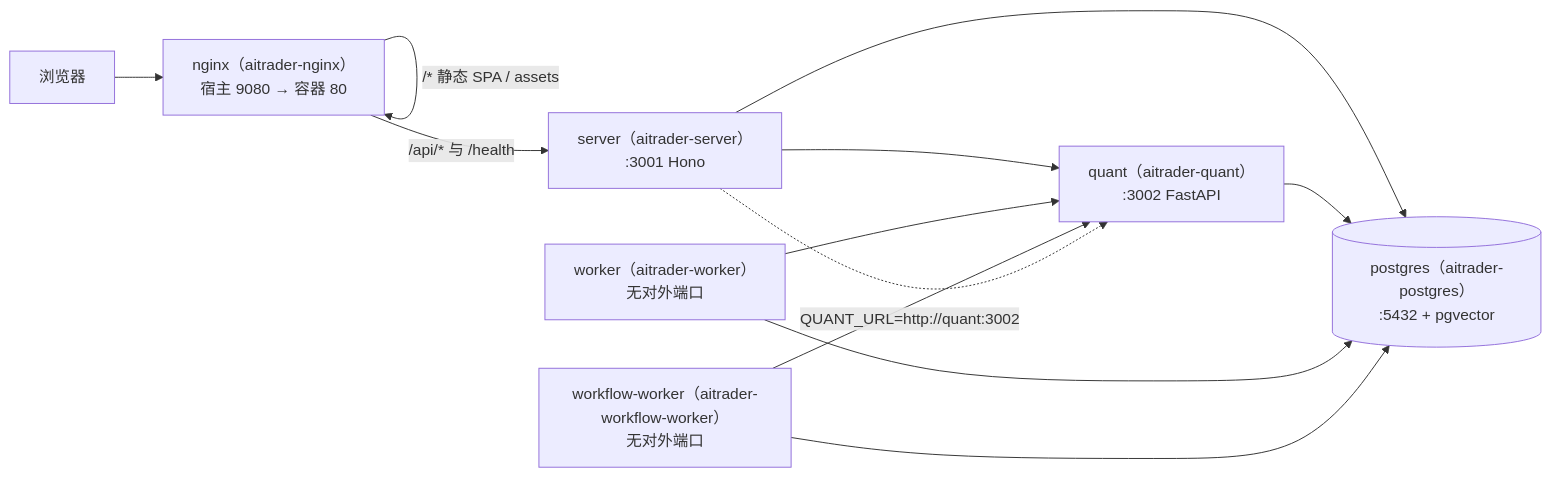
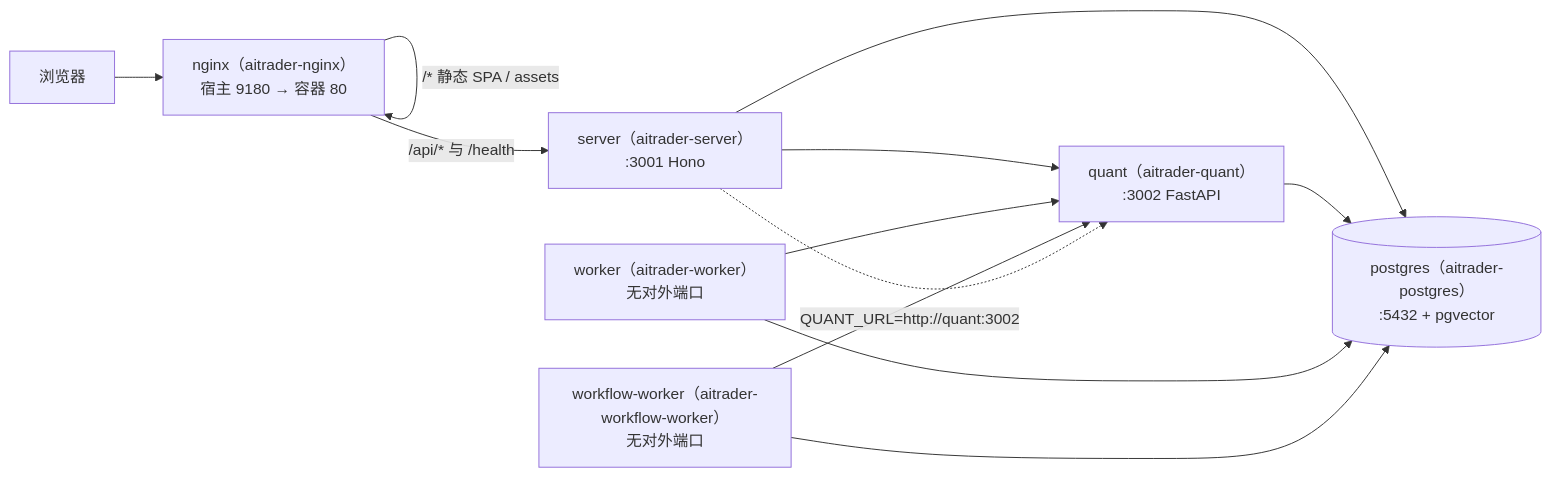
The first of 2 diagrams in docs/architecture.md (fzdfy/ai-trader), drawn with Mermaid before and after one commit. The commit also changed other lines of this file and 102 other files, not shown here.

````diff
--- a/docs/architecture.md
+++ b/docs/architecture.md
@@ -29,14 +29,14 @@
 ```mermaid
 flowchart LR
-  U["浏览器"] --> N["nginx（aitrader-nginx）<br/>宿主 9080 → 容器 80"]
+  U["浏览器"] --> N["nginx（aitrader-nginx）<br/>宿主 9180 → 容器 80"]
   N -- "/* 静态 SPA / assets" --> N
   N -- "/api/* 与 /health" --> S["server（aitrader-server）<br/>:3001 Hono"]
   S --> PG[("postgres（aitrader-postgres）<br/>:5432 + pgvector")]
   S --> Q["quant（aitrader-quant）<br/>:3002 FastAPI"]
   Q --> PG
   W["worker（aitrader-worker）<br/>无对外端口"] --> PG
   W --> Q
   WW["workflow-worker（aitrader-workflow-worker）<br/>无对外端口"] --> PG
   WW --> Q
   S -. "QUANT_URL=http://quant:3002" .-> Q
 ```
````
